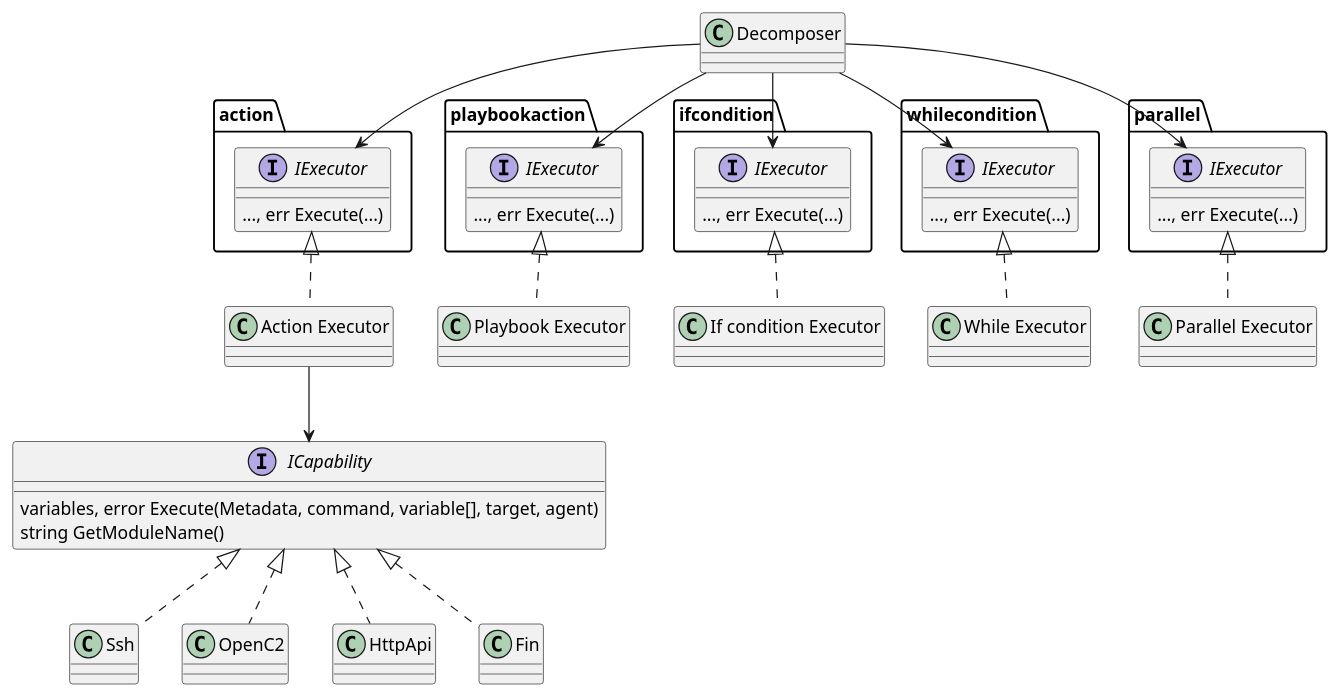
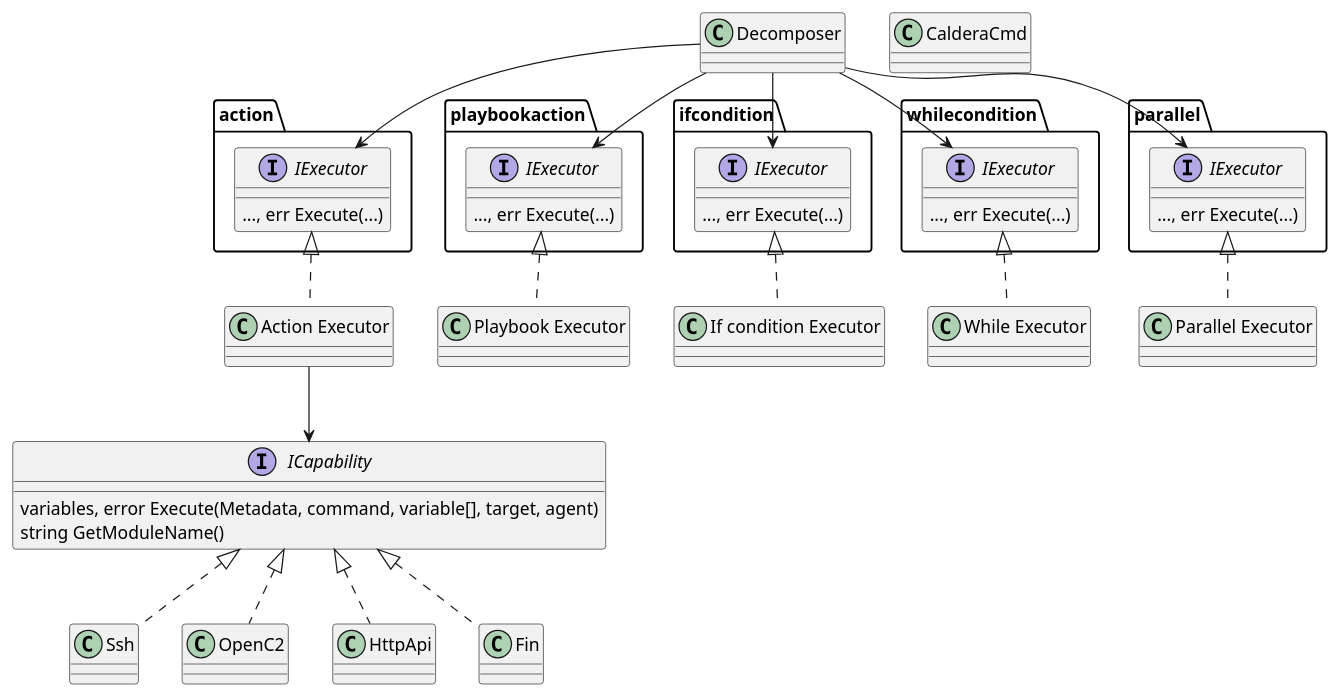
The first of 4 diagrams in docs/content/en/docs/core-components/executer.md (COSSAS/SOARCA), drawn with PlantUML before and after one commit. The commit also changed other lines of this file and 3 other files, not shown here.

````diff
--- a/docs/content/en/docs/core-components/executer.md
+++ b/docs/content/en/docs/core-components/executer.md
@@ -21,71 +21,72 @@
 ```plantuml
 
 package action{
     interface IExecutor {
         ..., err Execute(...)
     }
 }
 
 package playbookaction{
     interface IExecutor {
         ..., err Execute(...)
     }
 }
 
 package ifcondition{
     interface IExecutor {
         ..., err Execute(...)
     }
 }
 
 package whilecondition{
     interface IExecutor {
         ..., err Execute(...)
     }
 }
 
 package parallel{
     interface IExecutor {
         ..., err Execute(...)
     }
 }
 
 
 interface ICapability{
     variables, error Execute(Metadata, command, variable[], target, agent)
     string GetModuleName()
 }
 
 class "Decomposer" as decomposer
 class "Action Executor" as Executor 
 class "Playbook Executor" as playbook
 class "Parallel Executor" as parallelexecutor
 class "While Executor" as while
 class "If condition Executor" as condition
 
 class "Ssh" as ssh
 class "OpenC2" as openc2
 class "HttpApi" as api
+class "CalderaCmd" as calderacmd
 class "Fin" as fin
 
 
 action.IExecutor <|.. Executor
 ICapability <-up- Executor
 ICapability <|.. ssh
 ICapability <|.. openc2
 ICapability <|.. api
 ICapability <|.. fin
 
 playbookaction.IExecutor <|.. playbook
 ifcondition.IExecutor <|.. condition
 whilecondition.IExecutor <|.. while
 parallel.IExecutor <|.. parallelexecutor
 
 decomposer -down-> playbookaction.IExecutor
 decomposer -down-> ifcondition.IExecutor
 decomposer -down-> whilecondition.IExecutor
 decomposer -down-> parallel.IExecutor
 decomposer -down-> action.IExecutor
 
 
 ```
````
